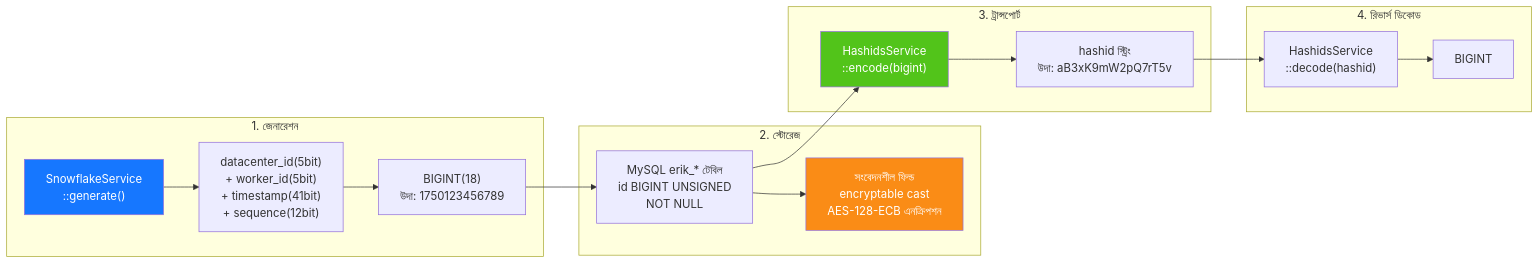
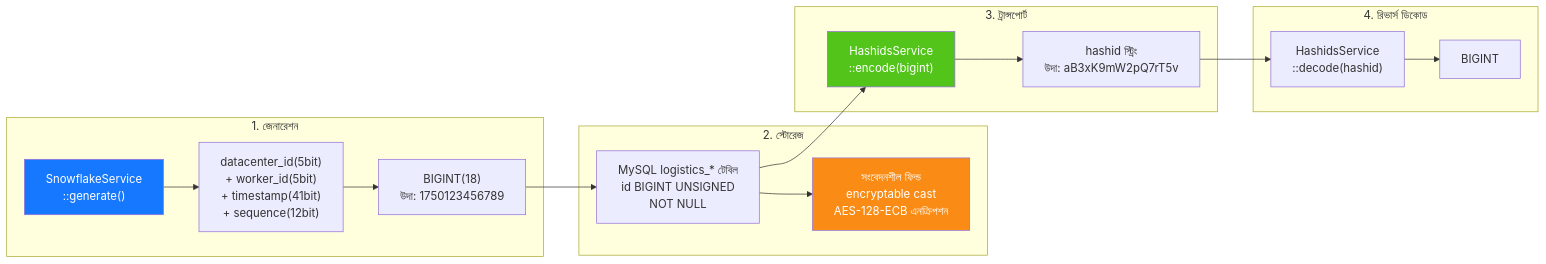
The seventh of 14 diagrams in admin/docs/ARCHITECTURE.bn.md (erikwang2013/integrated-global-logistics), drawn with Mermaid before and after one commit. The commit also changed other lines of this file and 211 other files, not shown here.

````diff
--- a/admin/docs/ARCHITECTURE.bn.md
+++ b/admin/docs/ARCHITECTURE.bn.md
@@ -364,33 +364,33 @@
 ```mermaid
 flowchart LR
     subgraph "1. জেনারেশন"
         G1["SnowflakeService<br/>::generate()"]
         G2["datacenter_id(5bit)<br/>+ worker_id(5bit)<br/>+ timestamp(41bit)<br/>+ sequence(12bit)"]
         G3["BIGINT(18)<br/>উদা: 1750123456789"]
         G1 --> G2 --> G3
     end
 
     subgraph "2. স্টোরেজ"
-        S1["MySQL erik_* টেবিল<br/>id BIGINT UNSIGNED<br/>NOT NULL"]
+        S1["MySQL logistics_* টেবিল<br/>id BIGINT UNSIGNED<br/>NOT NULL"]
         S2["সংবেদনশীল ফিল্ড<br/>encryptable cast<br/>AES-128-ECB এনক্রিপশন"]
         G3 --> S1
         S1 --> S2
     end
 
     subgraph "3. ট্রান্সপোর্ট"
         T1["HashidsService<br/>::encode(bigint)"]
         T2["hashid স্ট্রিং<br/>উদা: aB3xK9mW2pQ7rT5v"]
         S1 --> T1
         T1 --> T2
     end
 
     subgraph "4. রিভার্স ডিকোড"
         R1["HashidsService<br/>::decode(hashid)"]
         R2["BIGINT"]
         T2 --> R1 --> R2
     end
 
     style G1 fill:#1677FF,color:#fff
     style T1 fill:#52C41A,color:#fff
     style S2 fill:#FA8C16,color:#fff
 ```
````
